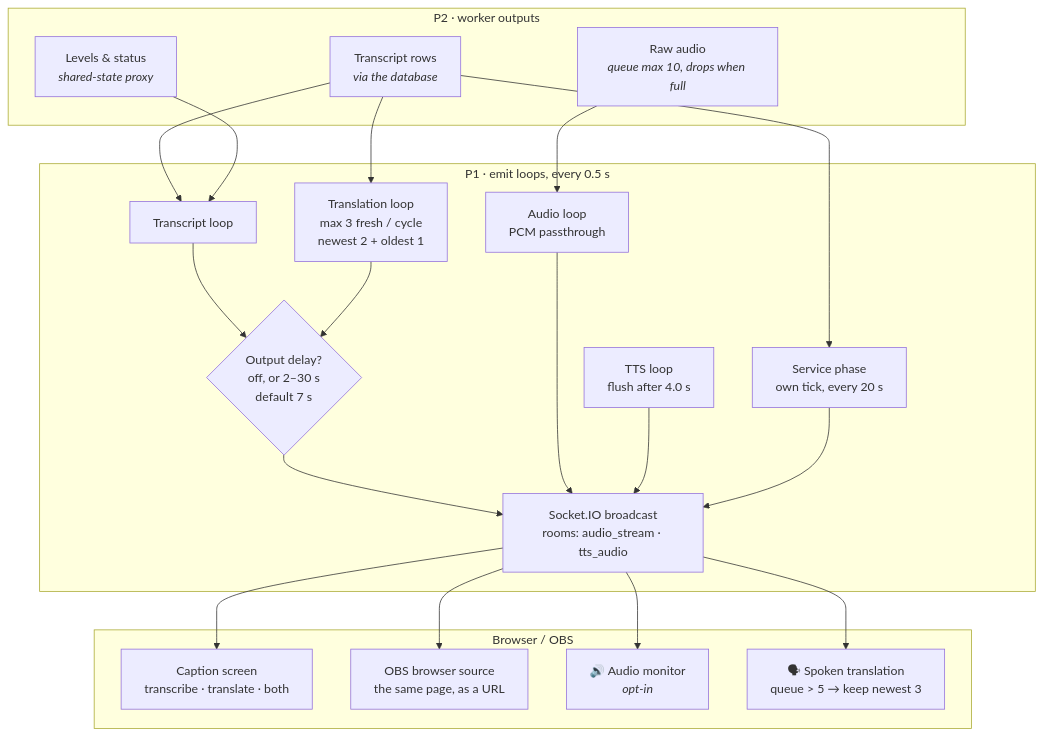
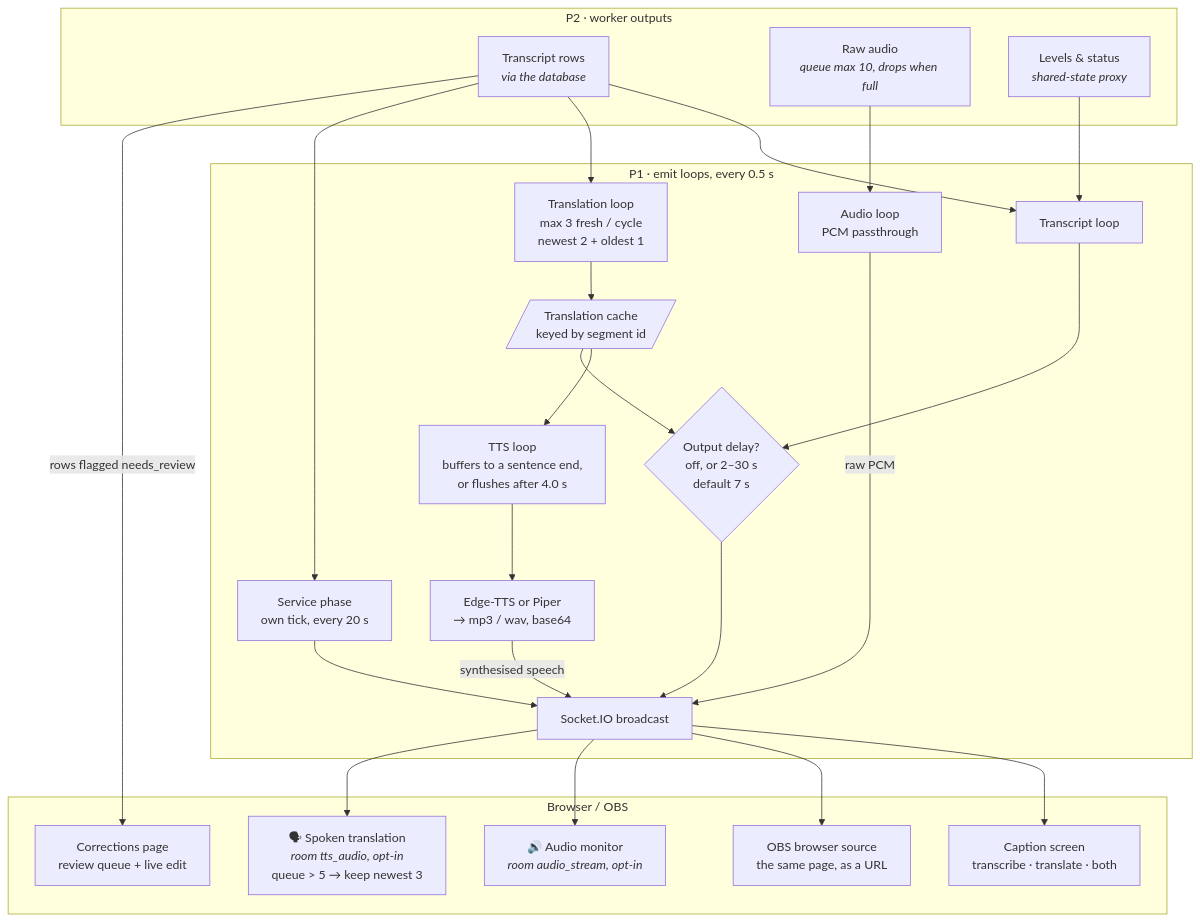
The third of 7 diagrams in PIPELINE.md (ChurchPresenter/STT), drawn with Mermaid before and after one commit. The commit also changed other lines of this file, not shown here.

````diff
--- a/PIPELINE.md
+++ b/PIPELINE.md
@@ -112,41 +114,48 @@
 ```mermaid
 flowchart TD
     subgraph WORKER["P2 · worker outputs"]
         R1["Transcript rows<br/><i>via the database</i>"]
         R2["Raw audio<br/><i>queue max 10, drops when full</i>"]
         R3["Levels &amp; status<br/><i>shared-state proxy</i>"]
     end
 
     subgraph WEBP["P1 · emit loops, every 0.5 s"]
         L1["Transcript loop"]
         L2["Translation loop<br/>max 3 fresh / cycle<br/>newest 2 + oldest 1"]
+        TC[/"Translation cache<br/>keyed by segment id"/]
+        L4["TTS loop<br/>buffers to a sentence end,<br/>or flushes after 4.0 s"]
+        SYN["Edge-TTS or Piper<br/>→ mp3 / wav, base64"]
         L3["Audio loop<br/>PCM passthrough"]
-        L4["TTS loop<br/>flush after 4.0 s"]
         SP["Service phase<br/>own tick, every 20 s"]
         DLY{"Output delay?<br/>off, or 2–30 s<br/>default 7 s"}
-        SIO["Socket.IO broadcast<br/>rooms: audio_stream · tts_audio"]
+        SIO["Socket.IO broadcast"]
     end
 
     subgraph CLIENT["Browser / OBS"]
         C1["Caption screen<br/>transcribe · translate · both"]
         C2["OBS browser source<br/>the same page, as a URL"]
-        C3["🔊 Audio monitor<br/><i>opt-in</i>"]
-        C4["🗣 Spoken translation<br/>queue &gt; 5 → keep newest 3"]
+        C3["🔊 Audio monitor<br/><i>room audio_stream, opt-in</i>"]
+        C4["🗣 Spoken translation<br/><i>room tts_audio, opt-in</i><br/>queue &gt; 5 → keep newest 3"]
+        C5["Corrections page<br/>review queue + live edit"]
     end
 
     R1 --> L1
     R1 --> L2
-    R2 --> L3
     R3 --> L1
     R1 --> SP
+    L2 --> TC
+    TC --> L4
+    L4 --> SYN
+    R2 --> L3
     L1 --> DLY
-    L2 --> DLY
+    TC --> DLY
     DLY --> SIO
-    L3 --> SIO
-    L4 --> SIO
     SP --> SIO
+    L3 -->|raw PCM| SIO
+    SYN -->|synthesised speech| SIO
     SIO --> C1
     SIO --> C2
     SIO --> C3
     SIO --> C4
+    R1 -->|rows flagged needs_review| C5
 ```
````
